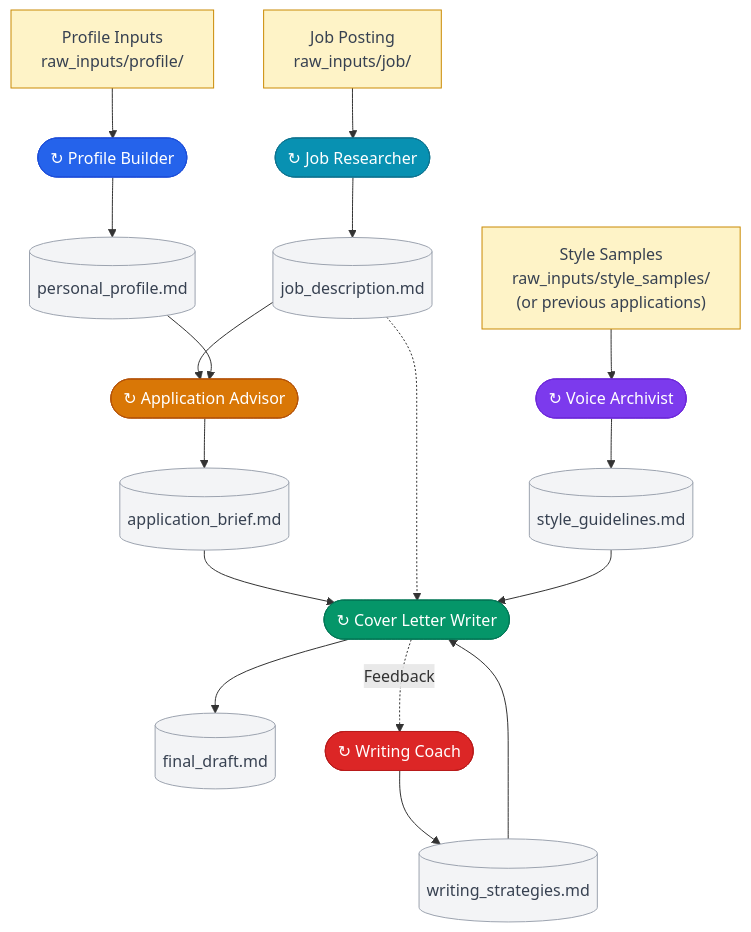
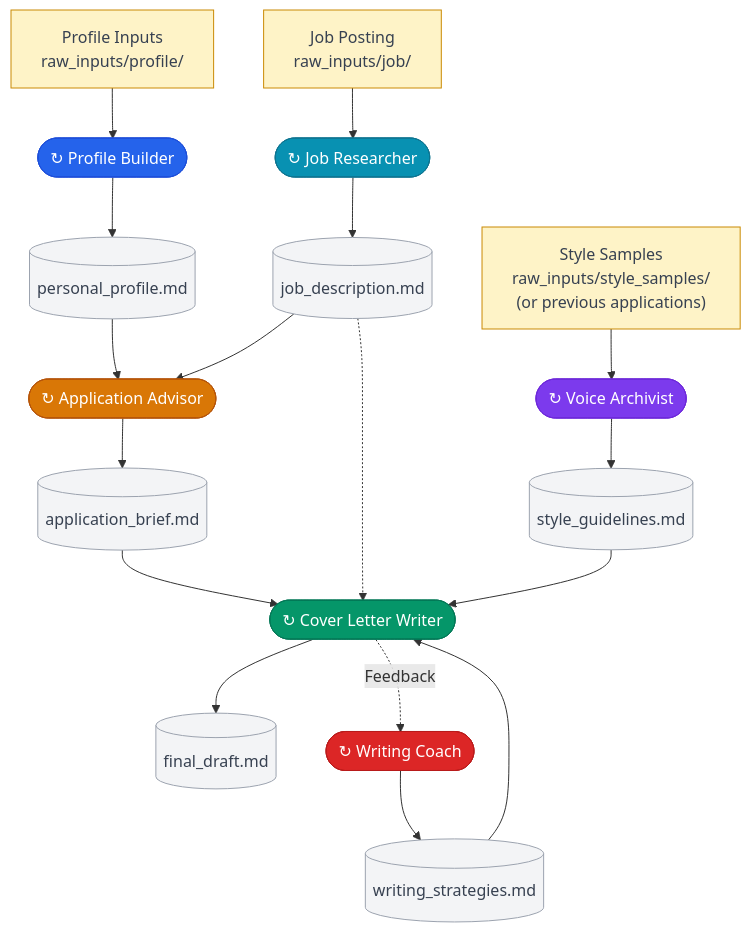
One commit to Fandy-ust/cover-letter-assistant changed the first of 2 diagrams in README.md. Above: the diagram before and after it, drawn with Mermaid. The commit also changed other lines of this file, not shown here.

Commit message:
update the architecture

````diff
--- a/README.md
+++ b/README.md
@@ -65,39 +65,39 @@
 ```mermaid
 flowchart TD
     classDef pb  fill:#2563EB,stroke:#1D4ED8,color:#fff
     classDef se  fill:#7C3AED,stroke:#6D28D9,color:#fff
     classDef jr  fill:#0891B2,stroke:#0E7490,color:#fff
     classDef aa  fill:#D97706,stroke:#B45309,color:#fff
     classDef cw  fill:#059669,stroke:#047857,color:#fff
     classDef su  fill:#DC2626,stroke:#B91C1C,color:#fff
     classDef file  fill:#F3F4F6,stroke:#9CA3AF,color:#374151
     classDef input fill:#FEF3C7,stroke:#CA8A04,color:#374151
 
     %% One-time setup
     Personal["Profile Inputs<br>raw_inputs/profile/"]:::input --> PB
     PB(["↻  Profile Builder"]):::pb --> Profile[("personal_profile.md")]:::file
 
     Refs["Style Samples<br>raw_inputs/style_samples/<br>(or previous applications)"]:::input --> SE
     SE(["↻  Voice Archivist"]):::se --> StyleGuide[("style_guidelines.md")]:::file
     StyleHard[("writing_strategies.md")]:::file
 
     %% Job input & research
     JobInput["Job Posting<br>raw_inputs/job/"]:::input --> JR
     JR(["↻  Job Researcher"]):::jr --> JD[("job_description.md")]:::file
 
     %% Advisor Phase
+    Profile --> AA
     JD --> AA
-    Profile --> AA
     AA(["↻  Application Advisor"]):::aa --> Brief[("application_brief.md")]:::file
 
     %% Writer Phase
     Brief --> CW
     JD -.-> CW
     StyleGuide --> CW
     StyleHard --> CW
     CW(["↻  Cover Letter Writer"]):::cw --> Draft[("final_draft.md")]:::file
 
     %% Style Feedback Loop
     CW -.->|"Feedback"| SU
     SU(["↻  Writing Coach"]):::su --> StyleHard
 ```
````
